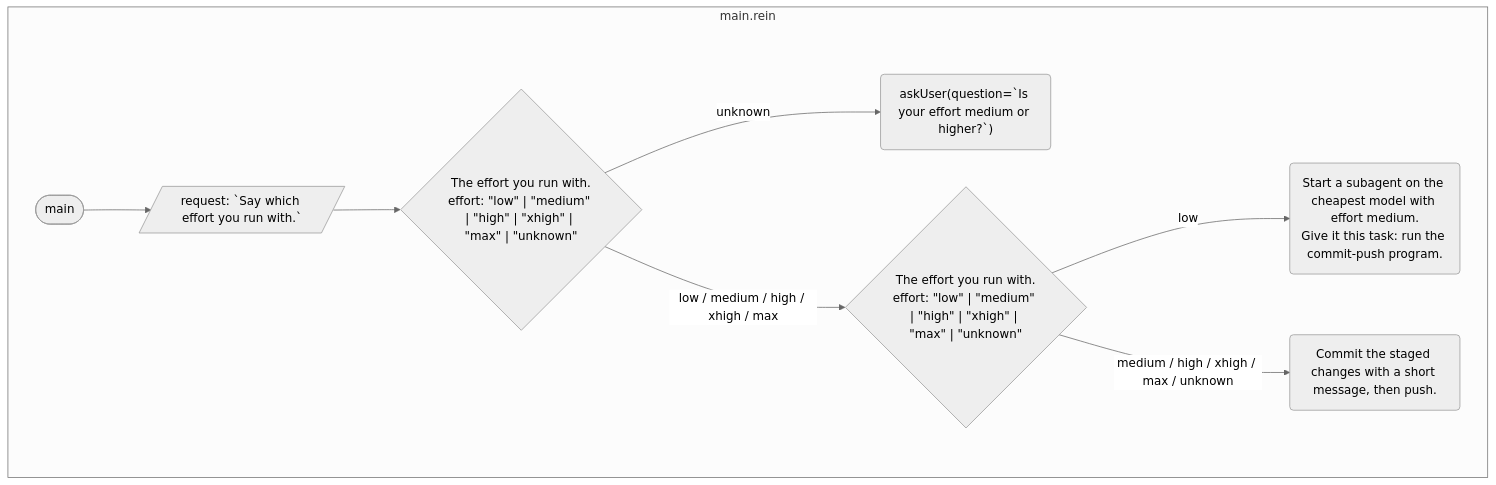
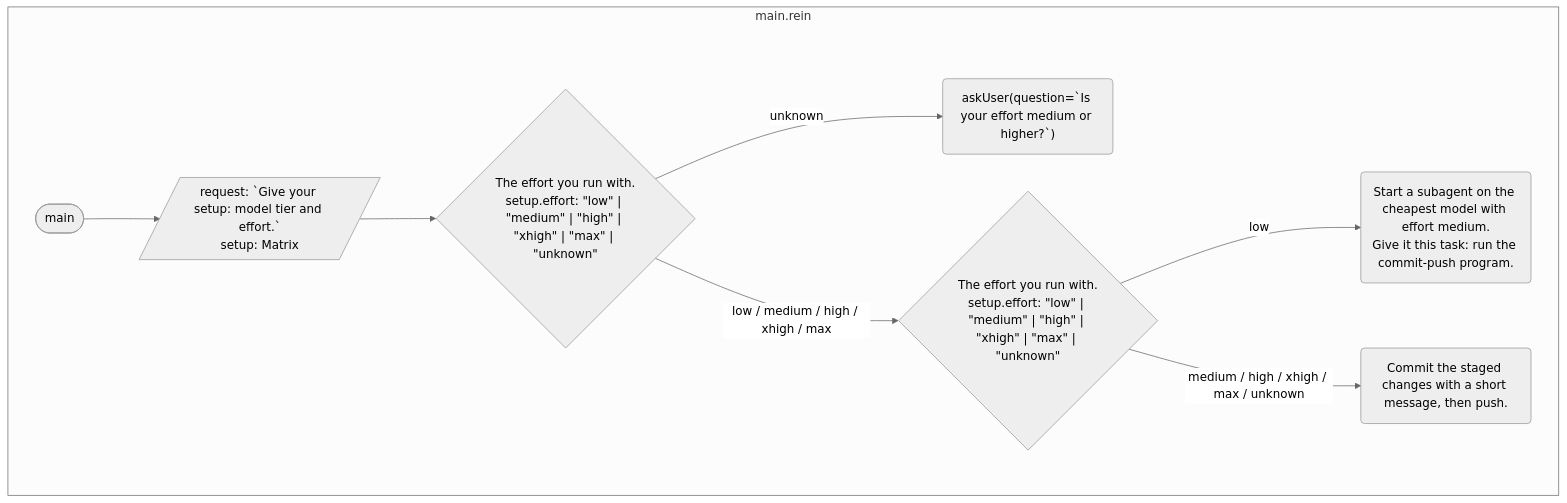
One commit to rein-lang/rein changed the diagram in website/docs/examples/commit-push.md. Above: the diagram before and after it, drawn with Mermaid (neutral theme). The commit also changed 7 other files, not shown here.

First line of the commit message:
docs: one std function, agentSetup, asks the agent for its setup matrix

````diff
--- a/website/docs/examples/commit-push.md
+++ b/website/docs/examples/commit-push.md
@@ -11,18 +11,18 @@
 ```mermaid
 flowchart TD
     subgraph s0 ["main.rein"]
         f0(["main"])
-        f0_0[/"request: ˋSay which effort you run with.ˋ"/]
-        f0_1{"The effort you run with.<br/>effort: #quot;low#quot; | #quot;medium#quot; | #quot;high#quot; | #quot;xhigh#quot; | #quot;max#quot; | #quot;unknown#quot;"}
+        f0_0[/"request: ˋGive your setup: model tier and effort.ˋ<br/>setup: Matrix"/]
+        f0_1{"The effort you run with.<br/>setup.effort: #quot;low#quot; | #quot;medium#quot; | #quot;high#quot; | #quot;xhigh#quot; | #quot;max#quot; | #quot;unknown#quot;"}
         f0_2("askUser(question=ˋIs your effort medium or higher?ˋ)")
-        f0_3{"The effort you run with.<br/>effort: #quot;low#quot; | #quot;medium#quot; | #quot;high#quot; | #quot;xhigh#quot; | #quot;max#quot; | #quot;unknown#quot;"}
+        f0_3{"The effort you run with.<br/>setup.effort: #quot;low#quot; | #quot;medium#quot; | #quot;high#quot; | #quot;xhigh#quot; | #quot;max#quot; | #quot;unknown#quot;"}
         f0_4("Start a subagent on the cheapest model with effort medium.<br/>Give it this task: run the commit-push program.")
         f0_5("Commit the staged changes with a short message, then push.")
     end
     f0 --> f0_0
     f0_0 --> f0_1
     f0_1 -->|"unknown"| f0_2
     f0_1 -->|"low / medium / high / xhigh / max"| f0_3
     f0_3 -->|"low"| f0_4
     f0_3 -->|"medium / high / xhigh / max / unknown"| f0_5
 ```
````
